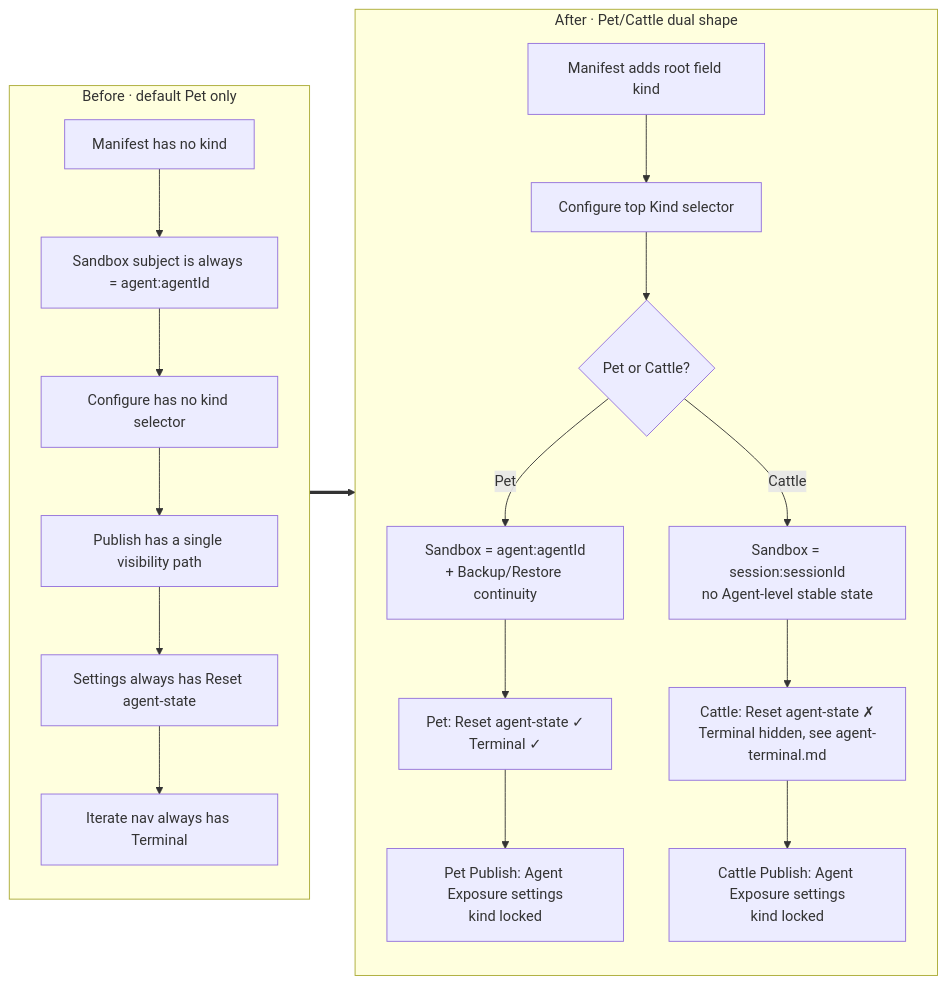
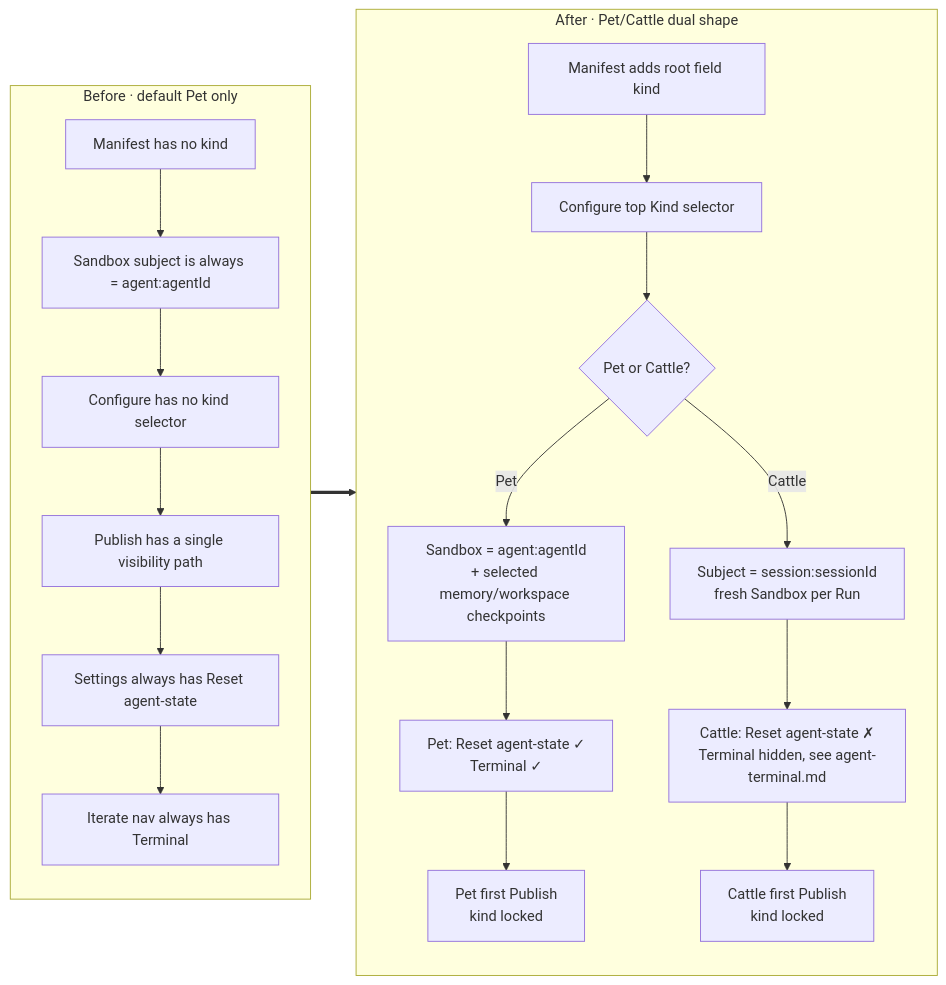
Before and after one commit to langgenius/mosoo: the first of 3 diagrams in docs/prd/agent-type.md, drawn with Mermaid. The commit also changed other lines of this file and 66 other files, not shown here.

````diff
--- a/docs/prd/agent-type.md
+++ b/docs/prd/agent-type.md
@@ -85,23 +110,23 @@
 ```mermaid
 flowchart LR
   subgraph Before["Before · default Pet only"]
     B1[Manifest has no kind] --> B2[Sandbox subject is always = agent:agentId]
     B2 --> B3[Configure has no kind selector]
     B3 --> B4[Publish has a single visibility path]
     B4 --> B5[Settings always has Reset agent-state]
     B5 --> B6[Iterate nav always has Terminal]
   end
 
   subgraph After["After · Pet/Cattle dual shape"]
     A1[Manifest adds root field kind] --> A2[Configure top Kind selector]
     A2 --> A3{Pet or Cattle?}
-    A3 -->|Pet| A4[Sandbox = agent:agentId<br/>+ Backup/Restore continuity]
-    A3 -->|Cattle| A5[Sandbox = session:sessionId<br/>no Agent-level stable state]
+    A3 -->|Pet| A4[Sandbox = agent:agentId<br/>+ selected memory/workspace checkpoints]
+    A3 -->|Cattle| A5[Subject = session:sessionId<br/>fresh Sandbox per Run]
     A4 --> A6[Pet: Reset agent-state ✓<br/>Terminal ✓]
     A5 --> A7[Cattle: Reset agent-state ✗<br/>Terminal hidden, see agent-terminal.md]
-    A6 --> A8[Pet Publish: Agent Exposure settings<br/>kind locked]
-    A7 --> A9[Cattle Publish: Agent Exposure settings<br/>kind locked]
+    A6 --> A8[Pet first Publish<br/>kind locked]
+    A7 --> A9[Cattle first Publish<br/>kind locked]
   end
 
   Before ==> After
 ```
````
